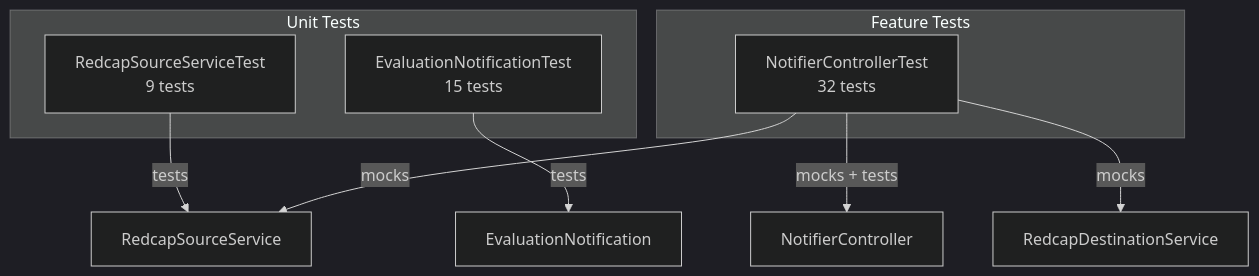
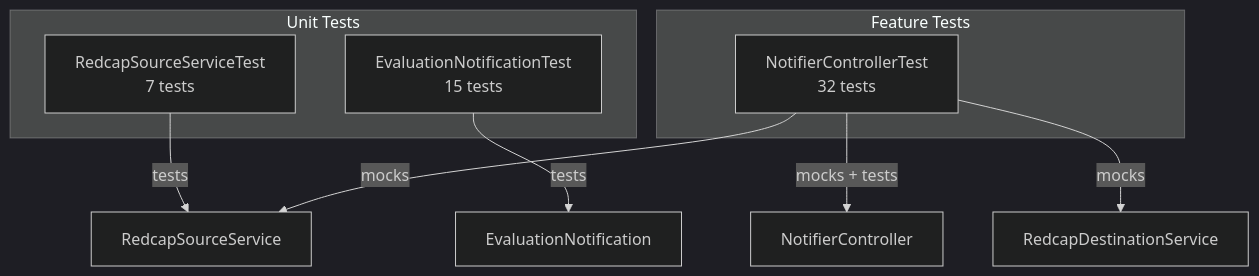
The first of 2 diagrams in Docs/testing.md (com-atg/OMM-SE), drawn with Mermaid (dark theme) before and after one commit. The commit also changed other lines of this file and 15 other files, not shown here.

````diff
--- a/Docs/testing.md
+++ b/Docs/testing.md
@@ -7,16 +7,16 @@
 ```mermaid
 graph TD
     subgraph Unit Tests
-        U1[RedcapSourceServiceTest\n9 tests]
+        U1[RedcapSourceServiceTest\n7 tests]
         U2[EvaluationNotificationTest\n15 tests]
     end
     subgraph Feature Tests
         F1[NotifierControllerTest\n32 tests]
     end
 
     U1 -->|tests| SRC[RedcapSourceService]
     U2 -->|tests| MAIL[EvaluationNotification]
     F1 -->|mocks + tests| NC[NotifierController]
     F1 -->|mocks| SRC
     F1 -->|mocks| DST[RedcapDestinationService]
 ```
````
